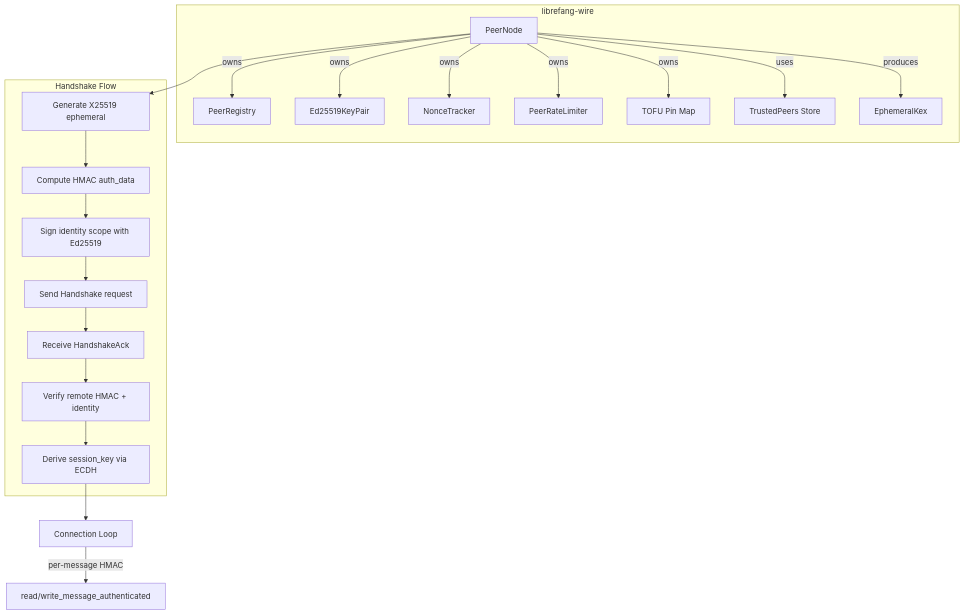
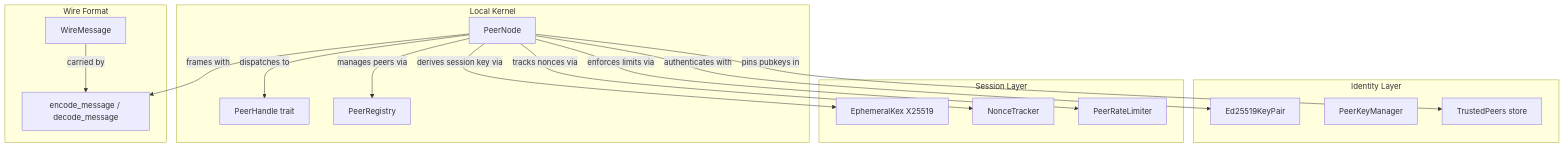
Before and after one commit to leszek3737/librefang-WIki: the first of 2 diagrams in wire-protocol-networking.md, drawn with Mermaid. The commit also changed other lines of this file and 125 other files, not shown here.

````diff
--- a/wire-protocol-networking.md
+++ b/wire-protocol-networking.md
@@ -13,25 +9,35 @@
 ```mermaid
 graph TD
-    subgraph "librefang-wire"
-        PN[PeerNode] -->|owns| PR[PeerRegistry]
-        PN -->|owns| KP[Ed25519KeyPair]
-        PN -->|owns| NT[NonceTracker]
-        PN -->|owns| RL[PeerRateLimiter]
-        PN -->|owns| PP[TOFU Pin Map]
-        PN -->|uses| TS[TrustedPeers Store]
-        PN -->|produces| EK[EphemeralKex]
+    subgraph "Local Kernel"
+        PH[PeerHandle trait]
+        PN[PeerNode]
+        PR[PeerRegistry]
     end
 
-    subgraph "Handshake Flow"
-        H1[Generate X25519 ephemeral] --> H2[Compute HMAC auth_data]
-        H2 --> H3[Sign identity scope with Ed25519]
-        H3 --> H4[Send Handshake request]
-        H4 --> H5[Receive HandshakeAck]
-        H5 --> H6[Verify remote HMAC + identity]
-        H6 --> H7[Derive session_key via ECDH]
+    subgraph "Identity Layer"
+        KP[Ed25519KeyPair]
+        PM[PeerKeyManager]
+        TP[TrustedPeers store]
     end
 
-    PN --> H1
-    H7 --> CL[Connection Loop]
-    CL -->|per-message HMAC| WM[read/write_message_authenticated]
+    subgraph "Session Layer"
+        KEX[EphemeralKex X25519]
+        NT[NonceTracker]
+        RL[PeerRateLimiter]
+    end
+
+    subgraph "Wire Format"
+        WM[WireMessage]
+        ENC[encode_message / decode_message]
+    end
+
+    PN -->|authenticates with| KP
+    PN -->|pins pubkeys in| TP
+    PN -->|derives session key via| KEX
+    PN -->|tracks nonces via| NT
+    PN -->|enforces limits via| RL
+    PN -->|manages peers via| PR
+    PN -->|dispatches to| PH
+    PN -->|frames with| ENC
+    WM -->|carried by| ENC
 ```
````
